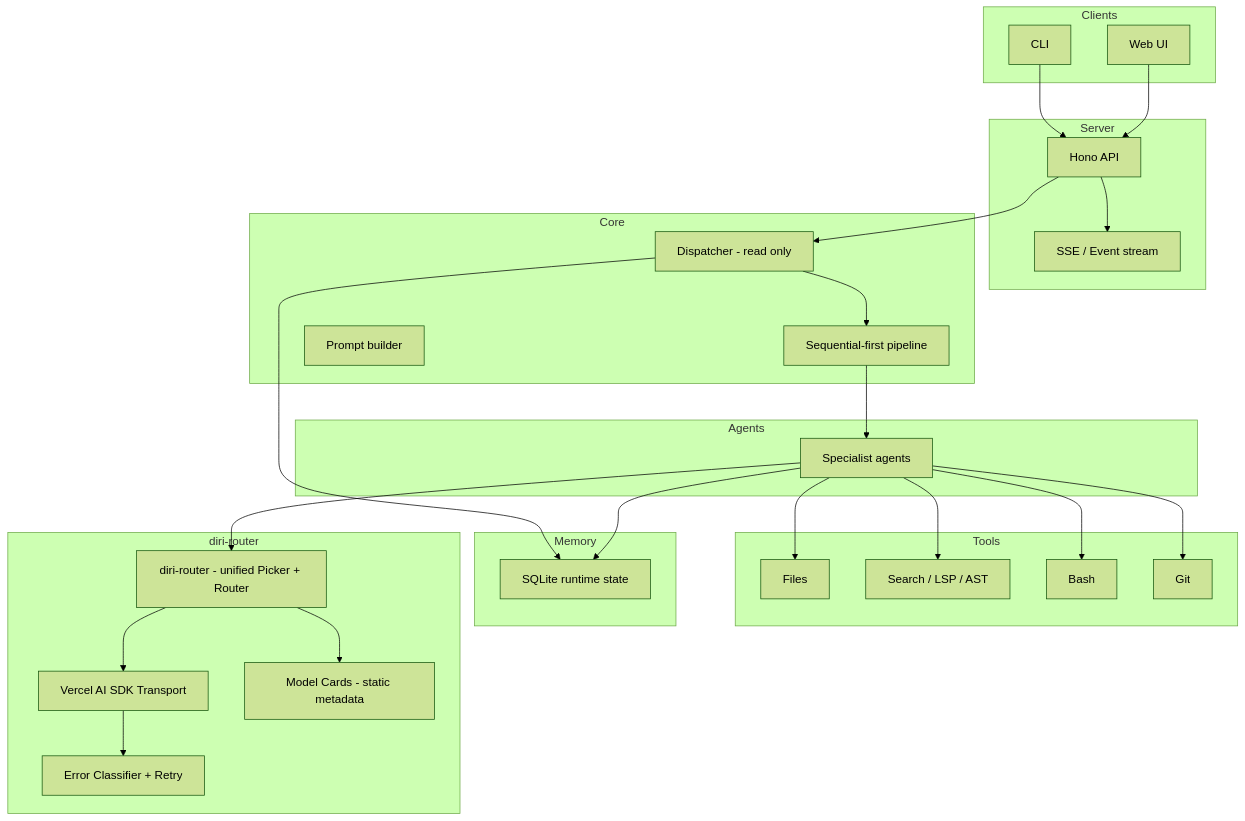
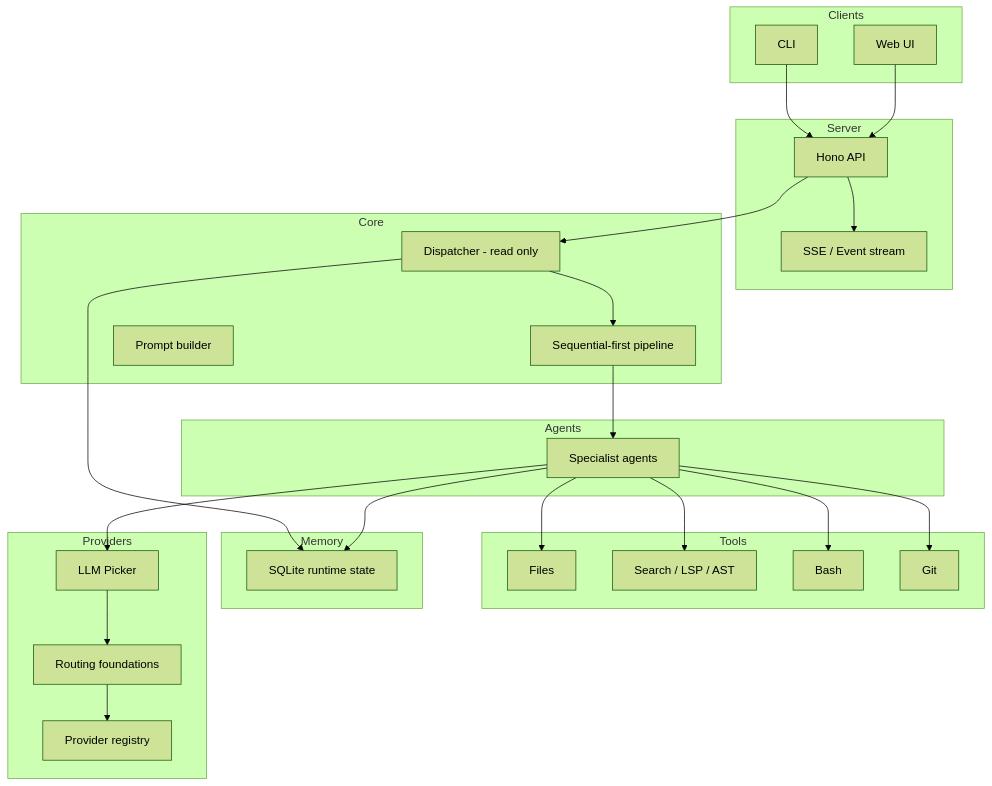
One commit to radoxtech/diricode changed the diagram in README.md. Above: the diagram before and after it, drawn with Mermaid (forest theme). The commit also changed other lines of this file and 1 other file, not shown here.

````diff
--- a/README.md
+++ b/README.md
@@ -103,57 +103,55 @@
 ```mermaid
 graph TD
     subgraph Clients
         CLI[CLI]
         Web[Web UI]
     end
 
     subgraph Server
         API[Hono API]
         SSE[SSE / Event stream]
     end
 
     subgraph Core
         Dispatcher[Dispatcher - read only]
         Pipeline[Sequential-first pipeline]
         Prompt[Prompt builder]
     end
 
     subgraph Agents
         Specialists[Specialist agents]
     end
 
     subgraph Tools
         Files[Files]
         Search[Search / LSP / AST]
         Bash[Bash]
         Git[Git]
     end
 
     subgraph Memory
         SQLite[SQLite runtime state]
     end
 
-    subgraph diri-router
-        AISDK[Vercel AI SDK Transport]
-        Cards[Model Cards - static metadata]
-        DiriRouter[diri-router - unified Picker + Router]
-        ErrorClassifier[Error Classifier + Retry]
+    subgraph Providers
+        Registry[Provider registry]
+        Picker[LLM Picker]
+        Router[Routing foundations]
     end
 
     CLI --> API
     Web --> API
     API --> SSE
     API --> Dispatcher
     Dispatcher --> Pipeline
     Pipeline --> Specialists
     Specialists --> Files
     Specialists --> Search
     Specialists --> Bash
     Specialists --> Git
     Dispatcher --> SQLite
     Specialists --> SQLite
-    Specialists --> DiriRouter
-    DiriRouter --> Cards
-    DiriRouter --> AISDK
-    AISDK --> ErrorClassifier
+    Specialists --> Picker
+    Picker --> Router
+    Router --> Registry
 ```
````
